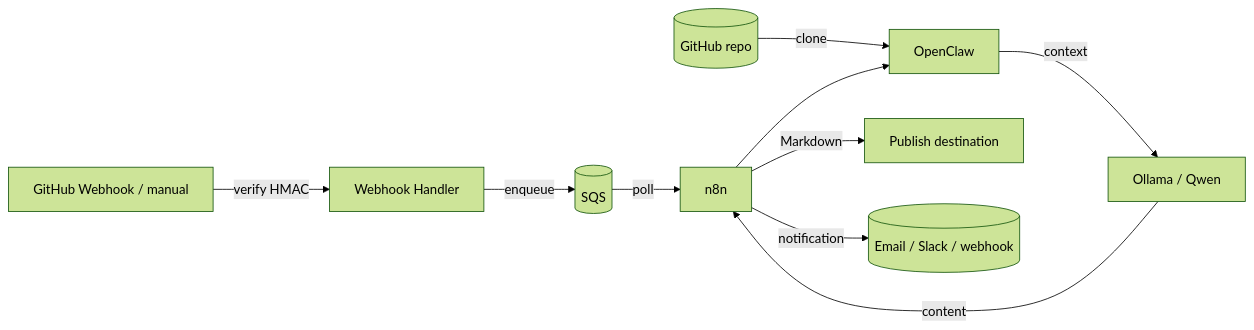
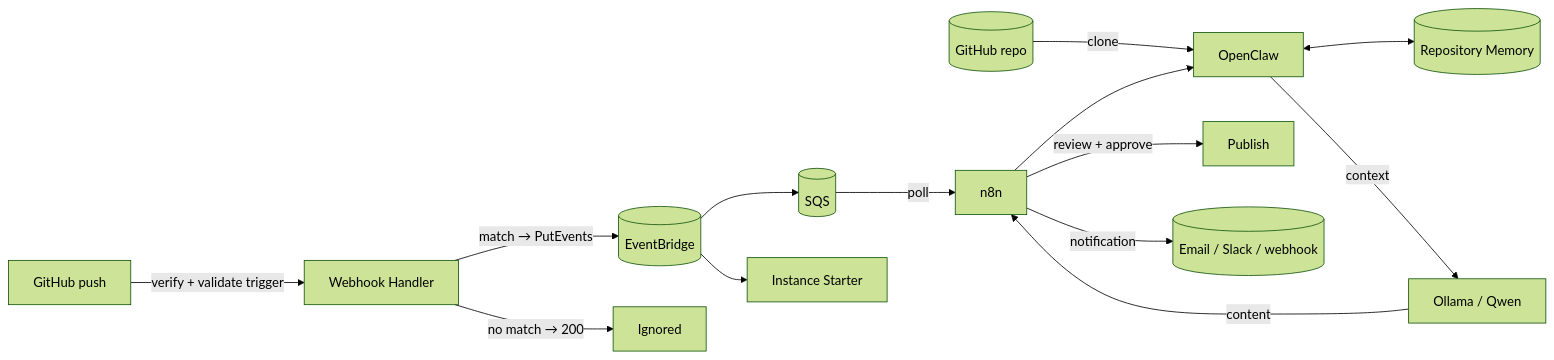
Before and after one commit to teddynted/ai-github-repository-blog-generator: the sixth of 7 diagrams in docs/architecture.md, drawn with Mermaid (forest theme). The commit also changed other lines of this file and 12 other files, not shown here.

````diff
--- a/docs/architecture.md
+++ b/docs/architecture.md
@@ -191,12 +218,16 @@
 ```mermaid
 flowchart LR
-    EVT[GitHub Webhook / manual] -->|verify HMAC| LH[Webhook Handler]
-    LH -->|enqueue| SQS[(SQS)]
+    EVT[GitHub push] -->|verify + validate trigger| LH[Webhook Handler]
+    LH -->|match → PutEvents| EB[(EventBridge)]
+    LH -->|no match → 200| STOP[Ignored]
+    EB --> SQS[(SQS)]
+    EB --> ST[Instance Starter]
     SQS -->|poll| N8N[n8n]
     GH[(GitHub repo)] -->|clone| OC[OpenClaw]
     N8N --> OC
+    OC <--> MEM[(Repository Memory)]
     OC -->|context| OL[Ollama / Qwen]
     OL -->|content| N8N
-    N8N -->|Markdown| PUB[Publish destination]
+    N8N -->|review + approve| PUB[Publish]
     N8N -->|notification| NOTIF[(Email / Slack / webhook)]
 ```
````
